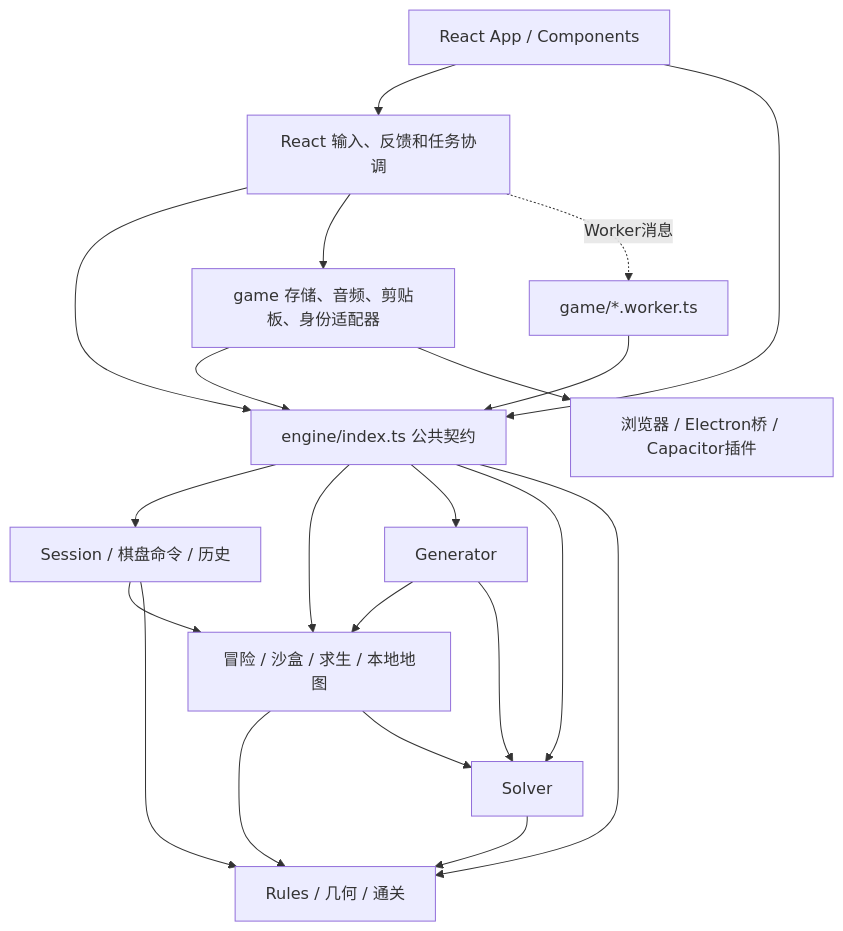
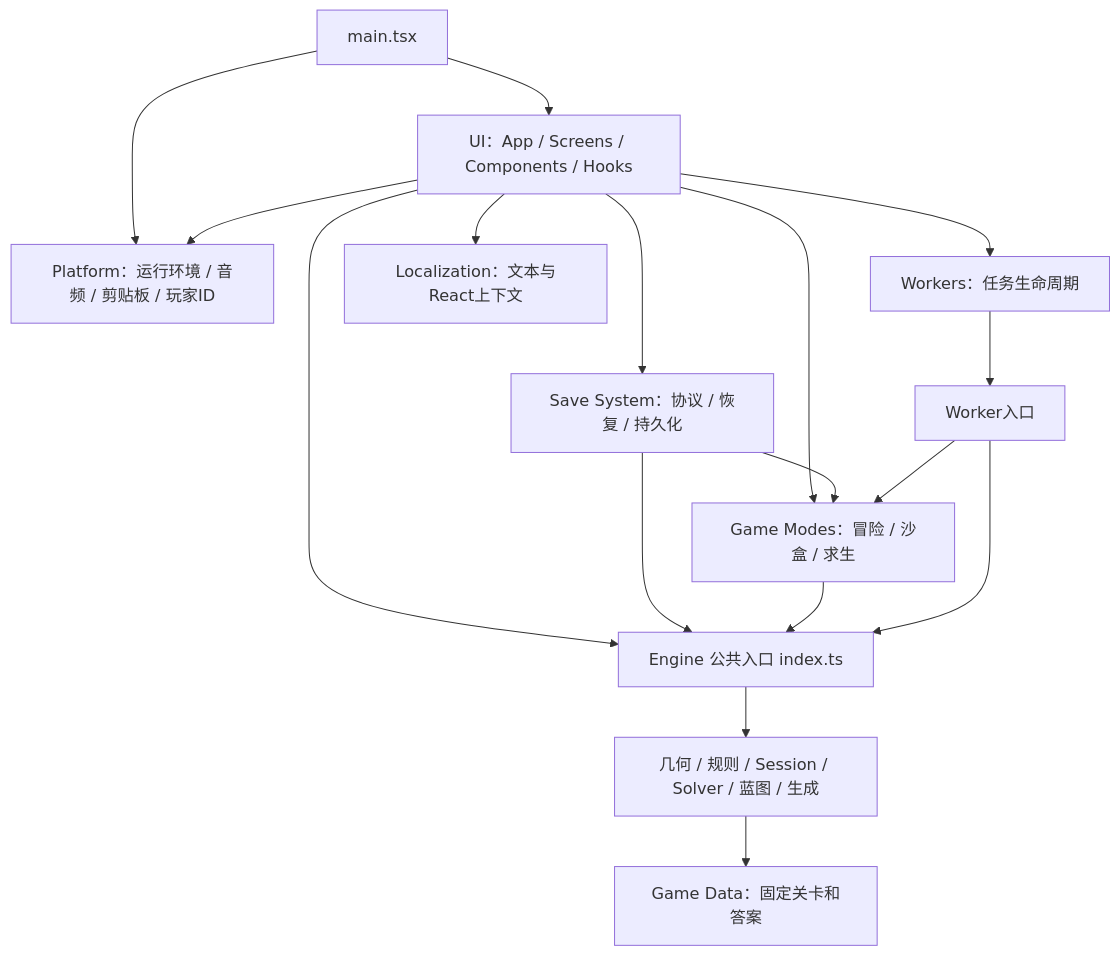
Before and after one commit to lelexia0131/Wildgrid: the first of 5 diagrams in ARCHITECTURE.md, drawn with Mermaid. The commit also changed other lines of this file and 167 other files, not shown here.

````diff
--- a/ARCHITECTURE.md
+++ b/ARCHITECTURE.md
@@ -7,23 +79,19 @@
 ```mermaid
 flowchart TD
-  UI[React App / Components] --> Hooks[React 输入、反馈和任务协调]
-  UI --> API[engine/index.ts 公共契约]
-  Hooks --> API
-  Hooks --> IO[game 存储、音频、剪贴板、身份适配器]
-  IO --> API
-  Hooks -. Worker消息 .-> Workers[game/*.worker.ts]
-  Workers --> API
-  API --> Session[Session / 棋盘命令 / 历史]
-  API --> Modes[冒险 / 沙盒 / 求生 / 本地地图]
-  API --> Generator[Generator]
-  API --> Solver[Solver]
-  API --> Rules[Rules / 几何 / 通关]
-  Session --> Modes
-  Session --> Rules
-  Modes --> Rules
-  Modes --> Solver
-  Generator --> Modes
-  Generator --> Solver
-  Solver --> Rules
-  IO --> Platform[浏览器 / Electron桥 / Capacitor插件]
+  Entry[main.tsx] --> UI[UI：App / Screens / Components / Hooks]
+  Entry --> Platform[Platform：运行环境 / 音频 / 剪贴板 / 玩家ID]
+  UI --> Modes[Game Modes：冒险 / 沙盒 / 求生]
+  UI --> Save[Save System：协议 / 恢复 / 持久化]
+  UI --> Tasks[Workers：任务生命周期]
+  UI --> API[Engine 公共入口 index.ts]
+  UI --> L10n[Localization：文本与React上下文]
+  UI --> Platform
+  Save --> Modes
+  Save --> API
+  Modes --> API
+  Tasks --> Worker[Worker入口]
+  Worker --> Modes
+  Worker --> API
+  API --> Core[几何 / 规则 / Session / Solver / 蓝图 / 生成]
+  Core --> Data[Game Data：固定关卡和答案]
 ```
````
